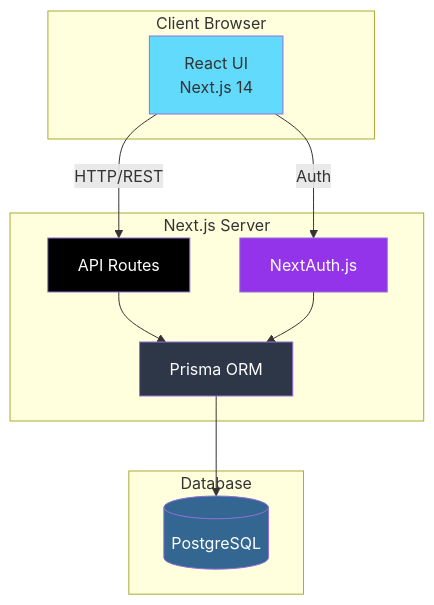
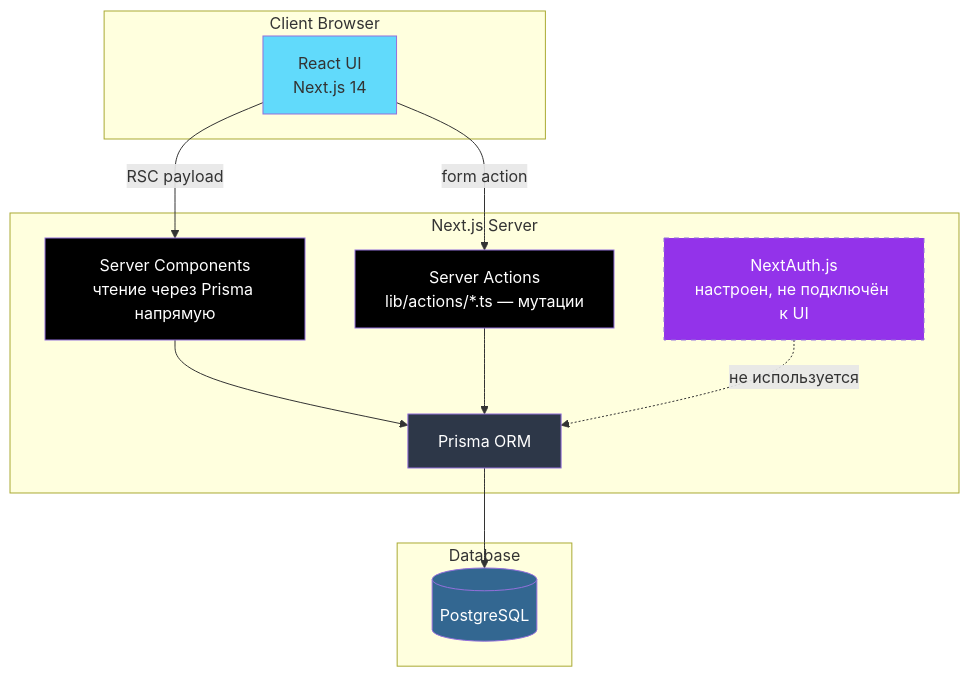
One commit to izumvania-gif/rpm-platform changed the third of 11 diagrams in plans/mvp-roadmap-visual.md. Above: the diagram before and after it, drawn with Mermaid. The commit also changed other lines of this file and 2 other files, not shown here.

````diff
--- a/plans/mvp-roadmap-visual.md
+++ b/plans/mvp-roadmap-visual.md
@@ -74,28 +76,31 @@
 ```mermaid
 graph TB
     subgraph "Client Browser"
         UI[React UI<br/>Next.js 14]
     end
-    
+
     subgraph "Next.js Server"
-        API[API Routes]
-        AUTH[NextAuth.js]
+        RSC[Server Components<br/>чтение через Prisma напрямую]
+        SA[Server Actions<br/>lib/actions/*.ts — мутации]
+        AUTH[NextAuth.js<br/>настроен, не подключён к UI]
         PRISMA[Prisma ORM]
     end
-    
+
     subgraph "Database"
         DB[(PostgreSQL)]
     end
-    
-    UI -->|HTTP/REST| API
-    UI -->|Auth| AUTH
-    API --> PRISMA
-    AUTH --> PRISMA
+
+    UI -->|RSC payload| RSC
+    UI -->|form action| SA
+    RSC --> PRISMA
+    SA --> PRISMA
+    AUTH -.->|не используется| PRISMA
     PRISMA --> DB
-    
+
     style UI fill:#61dafb
-    style API fill:#000000,color:#fff
-    style AUTH fill:#9333ea,color:#fff
+    style RSC fill:#000000,color:#fff
+    style SA fill:#000000,color:#fff
+    style AUTH fill:#9333ea,color:#fff,stroke-dasharray: 5 5
     style PRISMA fill:#2d3748,color:#fff
     style DB fill:#336791,color:#fff
 ```
````
